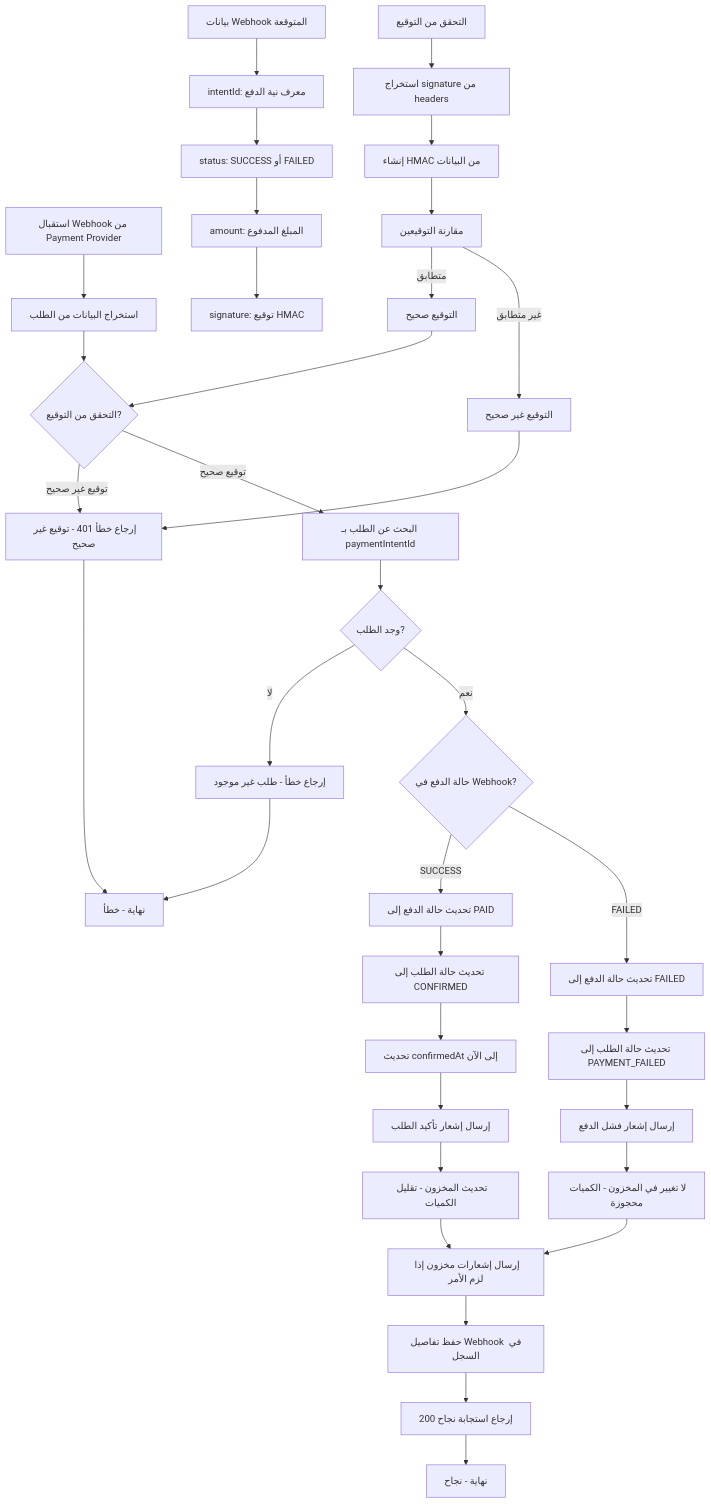
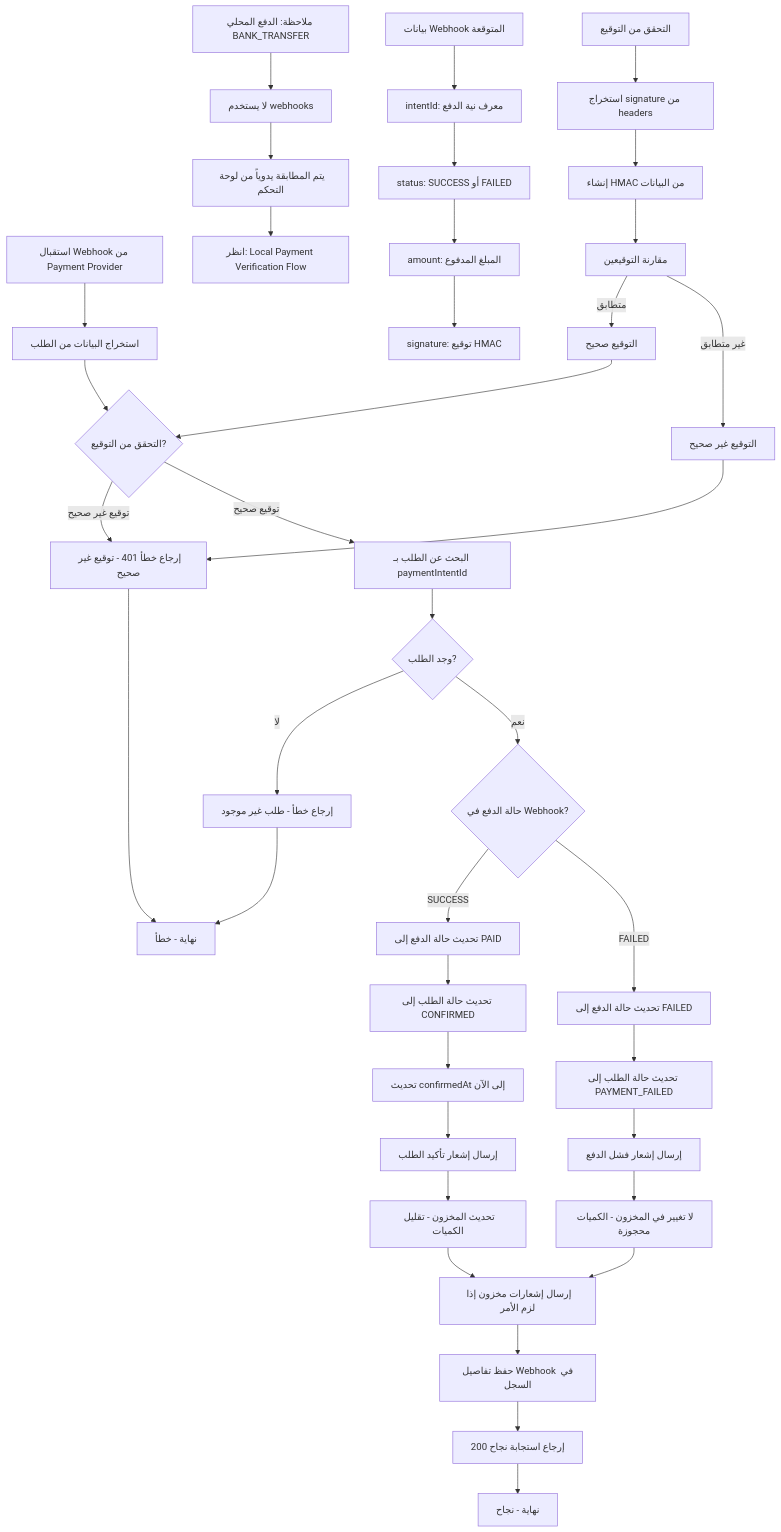
Before and after one commit to mpro775/tagdod-project: the diagram in docs/requirements/flows/payment/webhook.mmd, drawn with Mermaid. The commit also changed 412 other files, not shown here.

```diff
--- a/docs/requirements/flows/payment/webhook.mmd
+++ b/docs/requirements/flows/payment/webhook.mmd
@@ -1,53 +1,58 @@
 %% Payment Webhook Processing Flow
 %% View at https://mermaid.live
 flowchart TD
   A[استقبال Webhook من Payment Provider] --> B[استخراج البيانات من الطلب]
   B --> C{التحقق من التوقيع?}
   C -->|توقيع غير صحيح| D[إرجاع خطأ 401 - توقيع غير صحيح]
+  
+  %% Note: BANK_TRANSFER لا يستخدم webhooks
+  AA[ملاحظة: الدفع المحلي BANK_TRANSFER] --> AB[لا يستخدم webhooks]
+  AB --> AC[يتم المطابقة يدوياً من لوحة التحكم]
+  AC --> AD[انظر: Local Payment Verification Flow]
 
   C -->|توقيع صحيح| E[البحث عن الطلب بـ paymentIntentId]
   E --> F{وجد الطلب?}
   F -->|لا| G[إرجاع خطأ - طلب غير موجود]
 
   F -->|نعم| H{حالة الدفع في Webhook?}
   H -->|SUCCESS| I[تحديث حالة الدفع إلى PAID]
   H -->|FAILED| J[تحديث حالة الدفع إلى FAILED]
 
   I --> K[تحديث حالة الطلب إلى CONFIRMED]
   K --> L[تحديث confirmedAt إلى الآن]
   L --> M[إرسال إشعار تأكيد الطلب]
 
   J --> N[تحديث حالة الطلب إلى PAYMENT_FAILED]
   N --> O[إرسال إشعار فشل الدفع]
 
   M --> P[تحديث المخزون - تقليل الكميات]
   O --> Q[لا تغيير في المخزون - الكميات محجوزة]
 
   P --> R[إرسال إشعارات مخزون إذا لزم الأمر]
   Q --> R
 
   R --> S[حفظ تفاصيل Webhook في السجل]
   S --> T[إرجاع استجابة نجاح 200]
 
   %% Error Cases
   D --> U[نهاية - خطأ]
   G --> U
 
   T --> V[نهاية - نجاح]
 
   %% Webhook Data Structure
   W[بيانات Webhook المتوقعة] --> W1[intentId: معرف نية الدفع]
   W1 --> W2[status: SUCCESS أو FAILED]
   W2 --> W3[amount: المبلغ المدفوع]
   W3 --> W4[signature: توقيع HMAC]
 
   %% Signature Verification
   X[التحقق من التوقيع] --> X1[استخراج signature من headers]
   X1 --> X2[إنشاء HMAC من البيانات]
   X2 --> X3[مقارنة التوقيعين]
 
   X3 -->|متطابق| Y[التوقيع صحيح]
   X3 -->|غير متطابق| Z[التوقيع غير صحيح]
 
   Y --> C
   Z --> D
```
